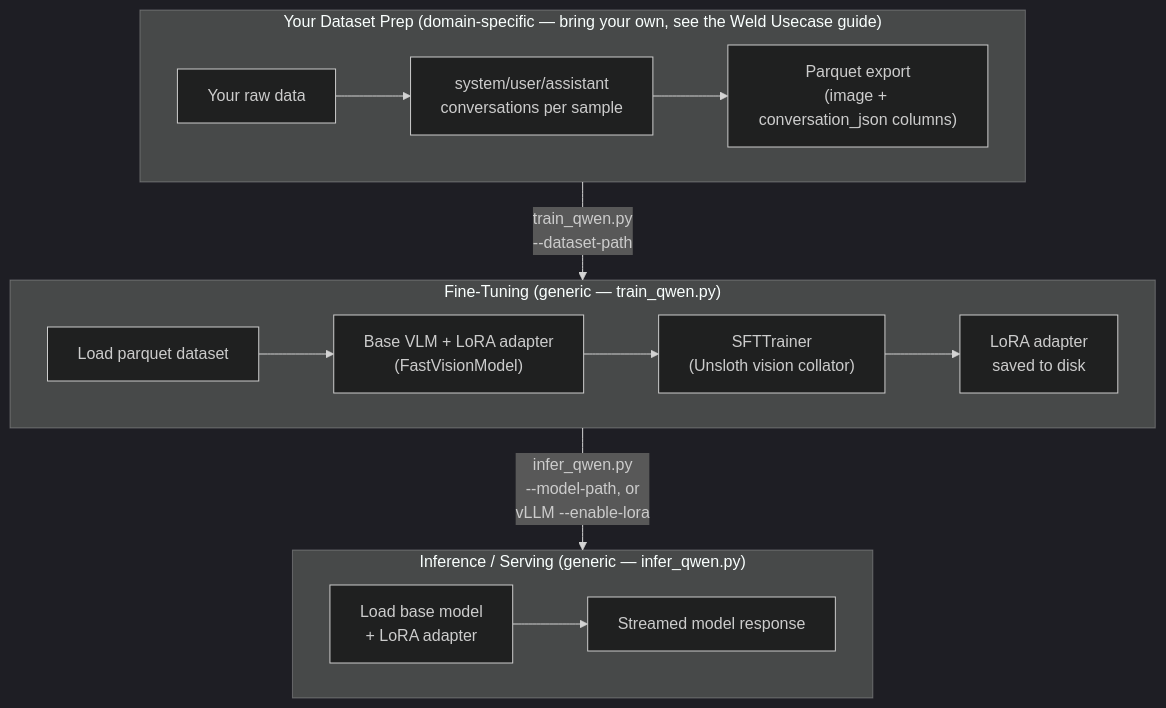
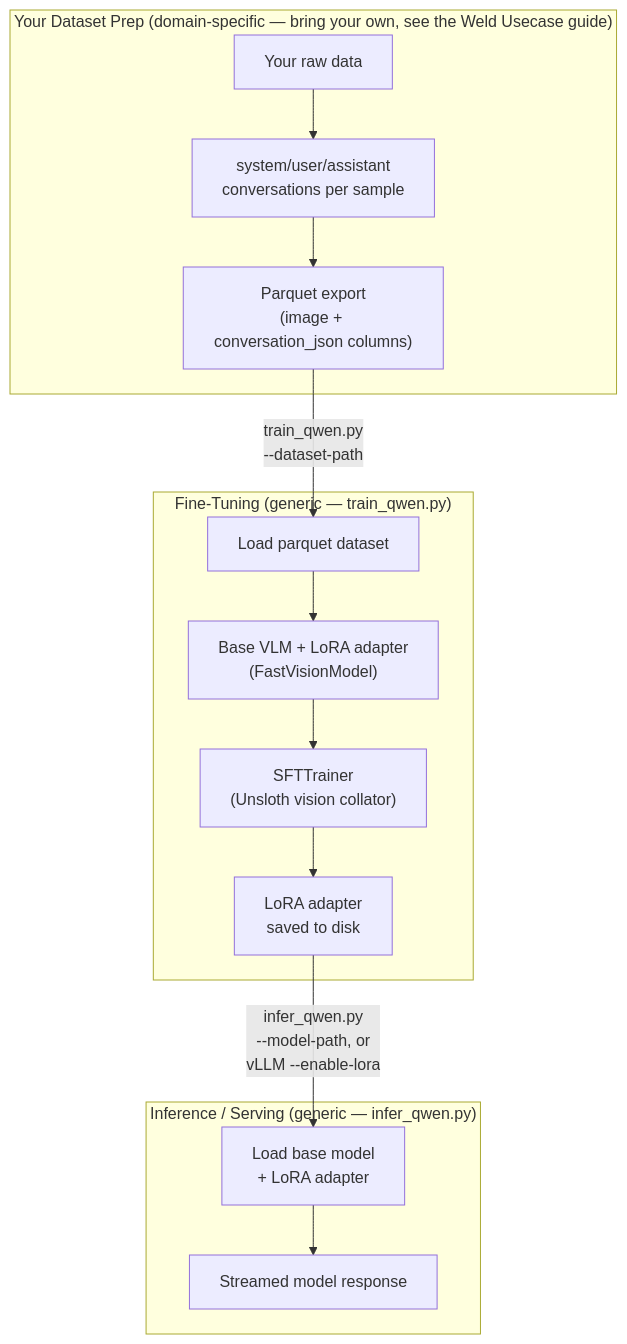
Before and after one commit to jbuksinski-intel/manufacturing-ai-suite: the diagram in industrial-edge-insights-multimodal/docs/user-guide/how-to-guides/how-to-fine-tune-vlm.md, drawn with Mermaid. The commit also changed 1 other file, not shown here.

Commit message:
[DOCS] Remove redundant Mermaid dark theme (#4459)

````diff
--- a/industrial-edge-insights-multimodal/docs/user-guide/how-to-guides/how-to-fine-tune-vlm.md
+++ b/industrial-edge-insights-multimodal/docs/user-guide/how-to-guides/how-to-fine-tune-vlm.md
@@ -140,26 +140,20 @@
 ```mermaid
----
-config: {"theme": "dark"}
----
 flowchart TD
     subgraph S0["Your Dataset Prep (domain-specific — bring your own, see the Weld Usecase guide)"]
-        direction LR
         A["Your raw data"] --> B["system/user/assistant</br>conversations per sample"]
         B --> C["Parquet export</br>(image + conversation_json columns)"]
     end
 
     subgraph S1["Fine-Tuning (generic — train_qwen.py)"]
-        direction LR
         E["Load parquet dataset"] --> F["Base VLM + LoRA adapter</br>(FastVisionModel)"]
         F --> G["SFTTrainer</br>(Unsloth vision collator)"]
         G --> H["LoRA adapter</br>saved to disk"]
     end
 
     subgraph S2["Inference / Serving (generic — infer_qwen.py)"]
-        direction LR
         J["Load base model</br>+ LoRA adapter"] --> K["Streamed model response"]
     end
 
     C -->|"train_qwen.py</br>--dataset-path"| E
     H -->|"infer_qwen.py</br>--model-path, or</br>vLLM --enable-lora"| J
 ```
````
